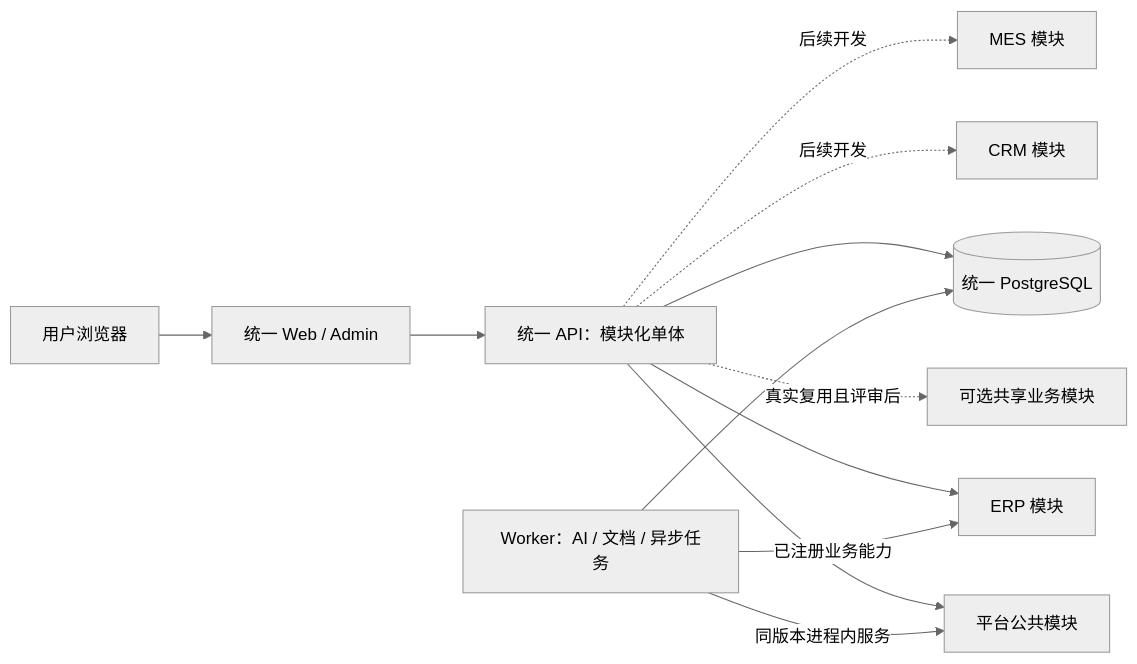
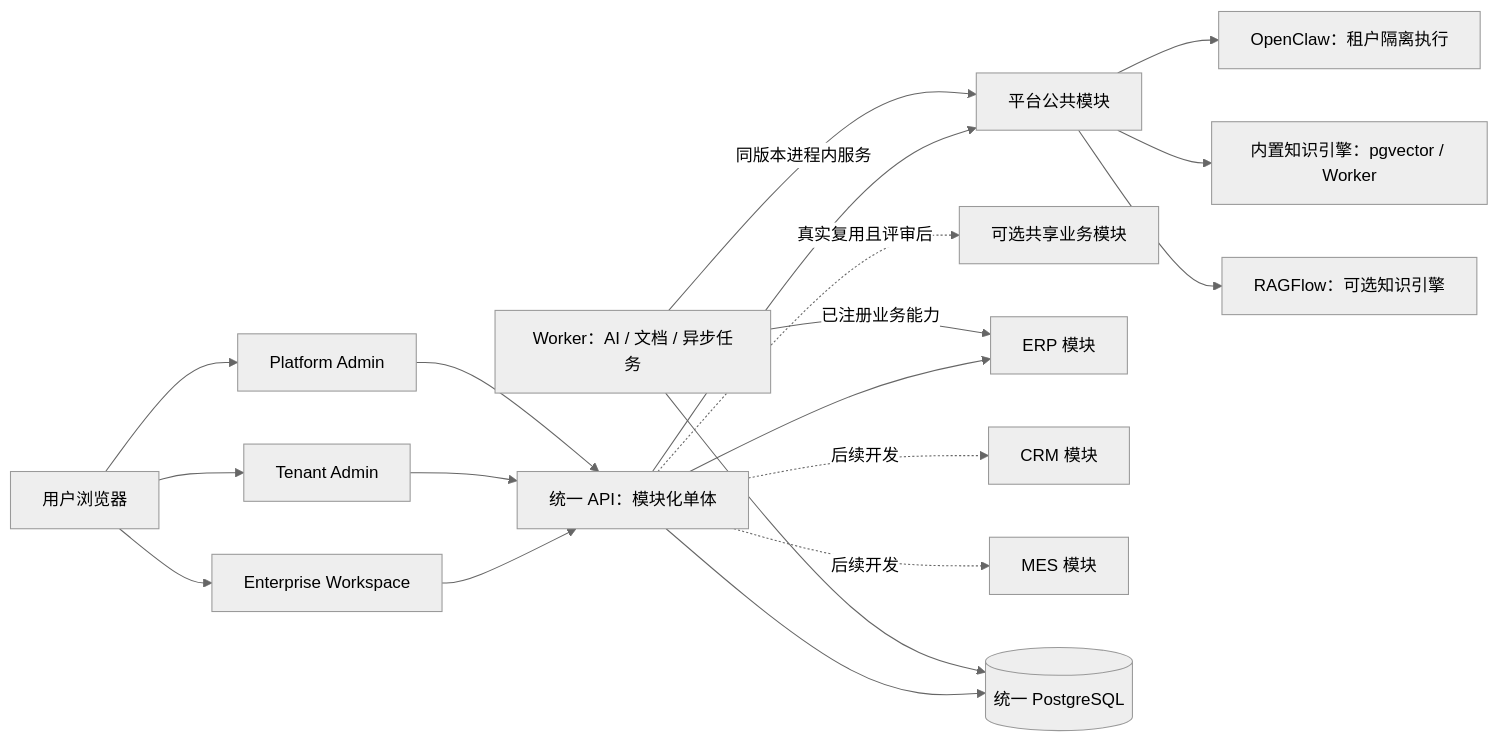
One commit to geyaovip/enterprise-ai-platform changed the diagram in docs/03-架构与数据安全.md. Above: the diagram before and after it, drawn with Mermaid (neutral theme). The commit also changed other lines of this file and 456 other files, not shown here.

````diff
--- a/docs/03-架构与数据安全.md
+++ b/docs/03-架构与数据安全.md
@@ -15,14 +20,21 @@
 ```mermaid
 flowchart LR
-    U[用户浏览器] --> W[统一 Web / Admin]
+    U[用户浏览器] --> W[Enterprise Workspace]
+    U --> TA[Tenant Admin]
+    U --> PA[Platform Admin]
     W --> API[统一 API：模块化单体]
+    TA --> API
+    PA --> API
     API --> P[平台公共模块]
     API -. 真实复用且评审后 .-> S[可选共享业务模块]
     API --> E[ERP 模块]
     API -. 后续开发 .-> C[CRM 模块]
     API -. 后续开发 .-> M[MES 模块]
     API --> DB[(统一 PostgreSQL)]
     WK[Worker：AI / 文档 / 异步任务] --> DB
     WK -->|同版本进程内服务| P
     WK -->|已注册业务能力| E
+    P --> OC[OpenClaw：租户隔离执行]
+    P --> NK[内置知识引擎：pgvector / Worker]
+    P --> RF[RAGFlow：可选知识引擎]
 ```
````
